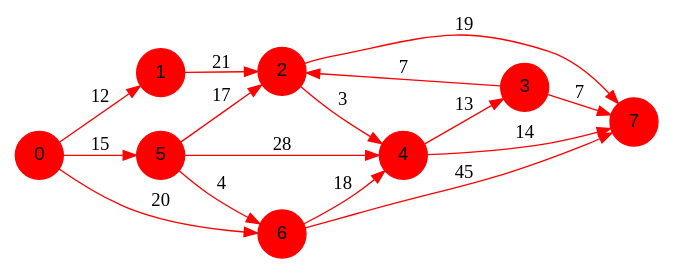
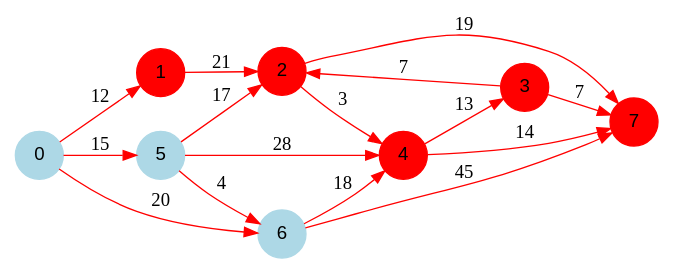
One commit to benech17/Shortest-Path changed the diagram in programme1/output/dotFiles/graph1/graph1_8.dot. Above: the diagram before and after it, drawn with Graphviz. The commit also changed 19 other files, not shown here.

```diff
--- a/programme1/output/dotFiles/graph1/graph1_8.dot
+++ b/programme1/output/dotFiles/graph1/graph1_8.dot
@@ -1,27 +1,27 @@
 digraph graphe {
 rankdir = LR;
 edge [color=red];
-0 [fontname="Arial", shape = circle, color=red, style=filled];
+0 [fontname="Arial", shape = circle, color=lightblue, style=filled];
 1 [fontname="Arial", shape = circle, color=red, style=filled];
 2 [fontname="Arial", shape = circle, color=red, style=filled];
 3 [fontname="Arial", shape = circle, color=red, style=filled];
 4 [fontname="Arial", shape = circle, color=red, style=filled];
-5 [fontname="Arial", shape = circle, color=red, style=filled];
-6 [fontname="Arial", shape = circle, color=red, style=filled];
+5 [fontname="Arial", shape = circle, color=lightblue, style=filled];
+6 [fontname="Arial", shape = circle, color=lightblue, style=filled];
 7 [fontname="Arial", shape = circle, color=red, style=filled];
 	0 -> 1 [label = "12"];
 	0 -> 5 [label = "15"];
 	0 -> 6 [label = "20"];
 	1 -> 2 [label = "21"];
 	2 -> 4 [label = "3"];
 	2 -> 7 [label = "19"];
 	3 -> 2 [label = "7"];
 	3 -> 7 [label = "7"];
 	4 -> 3 [label = "13"];
 	4 -> 7 [label = "14"];
 	5 -> 2 [label = "17"];
 	5 -> 4 [label = "28"];
 	5 -> 6 [label = "4"];
 	6 -> 4 [label = "18"];
 	6 -> 7 [label = "45"];
 }
```
